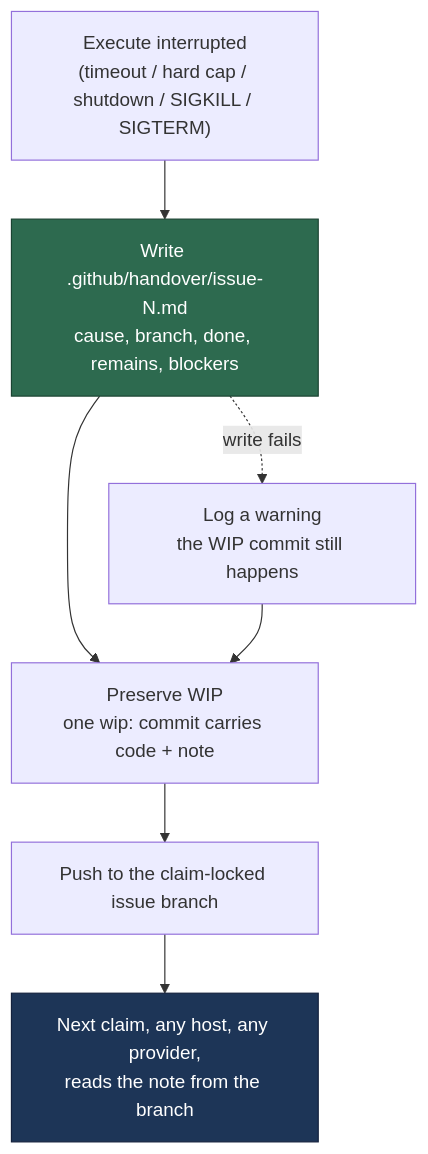
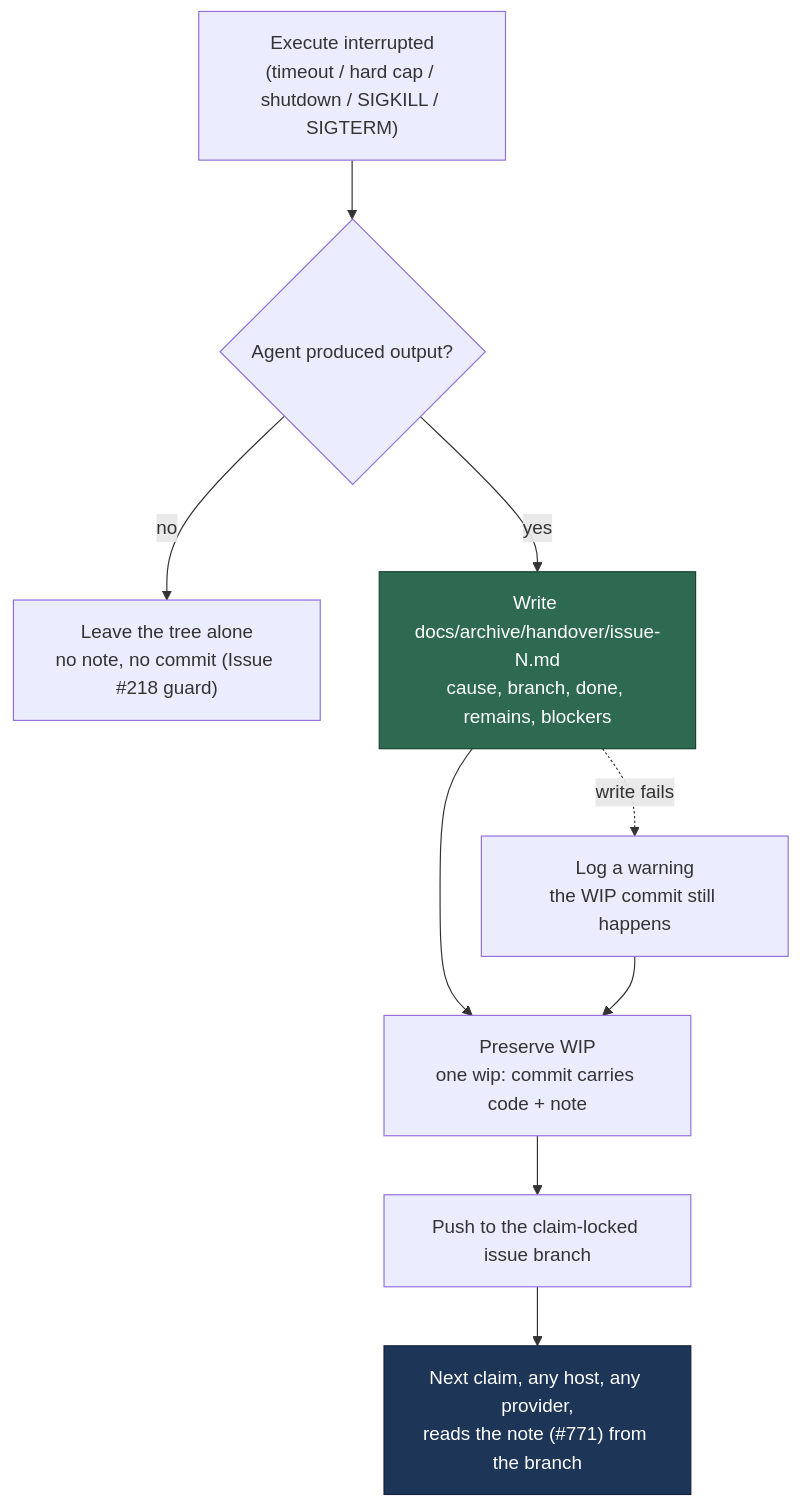
Before and after one commit to stSoftwareAU/VibeCoder: the diagram in docs/archive/pr-summaries/pr-summary-769.md, drawn with Mermaid. The commit also changed other lines of this file and 5 other files, not shown here.

````diff
--- a/docs/archive/pr-summaries/pr-summary-769.md
+++ b/docs/archive/pr-summaries/pr-summary-769.md
@@ -42,11 +45,13 @@
 ```mermaid
 flowchart TD
-    T["Execute interrupted<br/>(timeout / hard cap / shutdown / SIGKILL / SIGTERM)"] --> H["Write .github/handover/issue-N.md<br/>cause, branch, done, remains, blockers"]
+    T["Execute interrupted<br/>(timeout / hard cap / shutdown / SIGKILL / SIGTERM)"] --> Z{"Agent produced output?"}
+    Z -->|no| G["Leave the tree alone<br/>no note, no commit (Issue #218 guard)"]
+    Z -->|yes| H["Write docs/archive/handover/issue-N.md<br/>cause, branch, done, remains, blockers"]
     H --> P["Preserve WIP<br/>one wip: commit carries code + note"]
     P --> R["Push to the claim-locked issue branch"]
-    R --> N["Next claim, any host, any provider,<br/>reads the note from the branch"]
+    R --> N["Next claim, any host, any provider,<br/>reads the note (#771) from the branch"]
     H -.write fails.-> W["Log a warning<br/>the WIP commit still happens"]
     W --> P
     style H fill:#2d6a4f,stroke:#1b4332,color:#fff
     style N fill:#1d3557,stroke:#14213d,color:#fff
 ```
````
